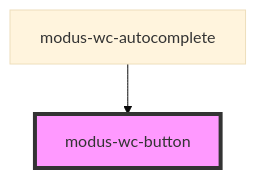
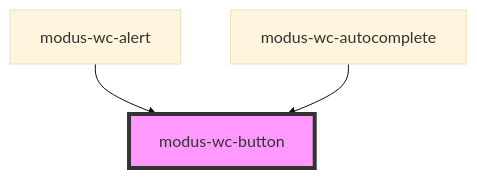
Before and after one commit to trimble-oss/modus-wc-2.0: the diagram in src/components/modus-wc-button/readme.md, drawn with Mermaid (base theme). The commit also changed other lines of this file and 3 other files, not shown here.

````diff
--- a/src/components/modus-wc-button/readme.md
+++ b/src/components/modus-wc-button/readme.md
@@ -43,5 +44,6 @@
 ```mermaid
 graph TD;
+  modus-wc-alert --> modus-wc-button
   modus-wc-autocomplete --> modus-wc-button
   style modus-wc-button fill:#f9f,stroke:#333,stroke-width:4px
 ```
````
